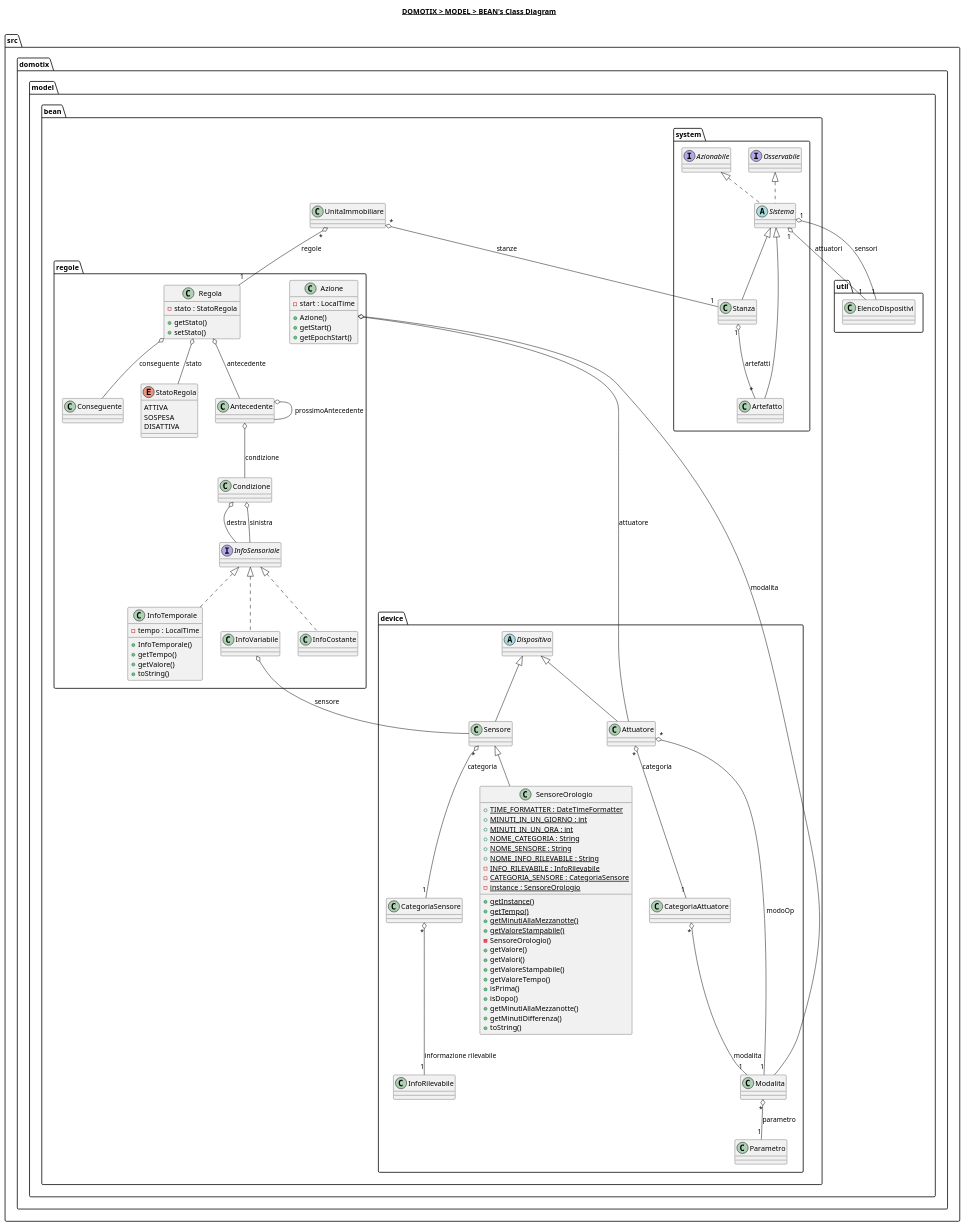
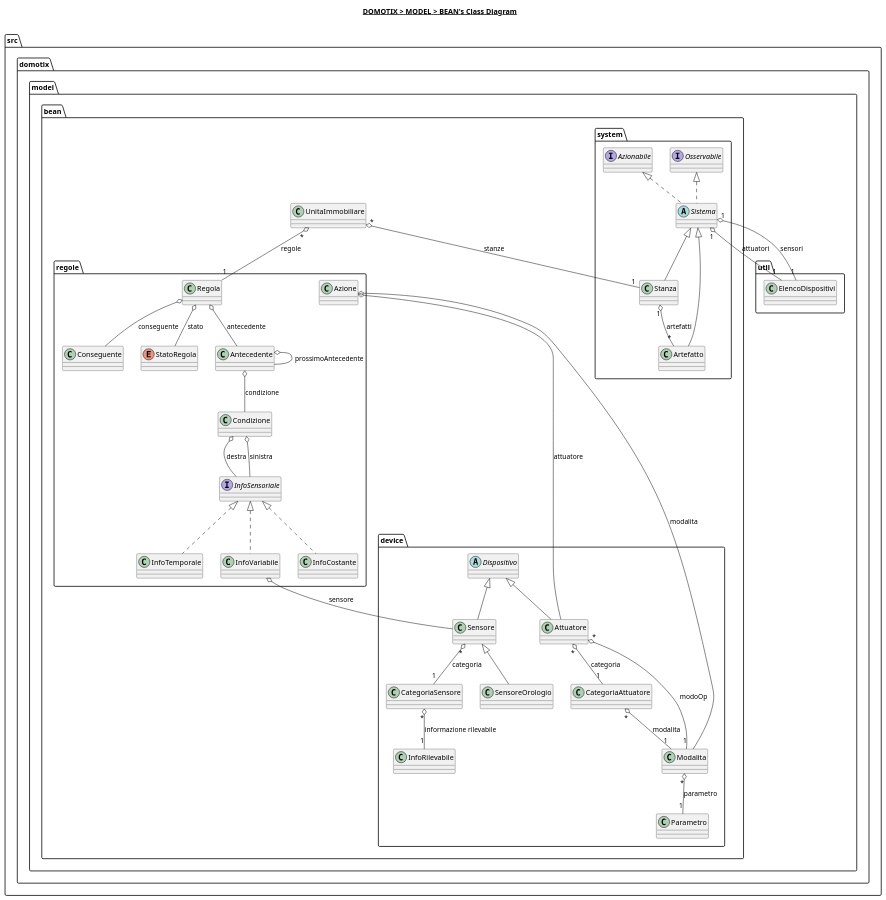
One commit to Edoar-do/Domotix changed the diagram in src/domotix/model/bean/bean.plantuml. Above: the diagram before and after it, drawn with PlantUML. The commit also changed 14 other files, not shown here.

Commit message:
Aggiunge classi ImportaDati in model; inizializza diagrammi V5

```diff
--- a/src/domotix/model/bean/bean.plantuml
+++ b/src/domotix/model/bean/bean.plantuml
@@ -1,165 +1,127 @@
 @startuml
 
 title __DOMOTIX > MODEL > BEAN's Class Diagram__\n
 
 namespace src.domotix.model {
     namespace util {
     }
 
     namespace bean {
         class src.domotix.model.bean.UnitaImmobiliare {
         }
 
         namespace device {
             class src.domotix.model.bean.device.Attuatore {
             }
 
             class src.domotix.model.bean.device.CategoriaAttuatore {
             }
 
             class src.domotix.model.bean.device.CategoriaSensore {
             }
 
             abstract class src.domotix.model.bean.device.Dispositivo {
             }
 
             class src.domotix.model.bean.device.Modalita {
             }
 
             class src.domotix.model.bean.device.Parametro {
             }
 
             class src.domotix.model.bean.device.Sensore {
             }
 
             class src.domotix.model.bean.device.InfoRilevabile {
             }
 
             class src.domotix.model.bean.device.SensoreOrologio {
-                {static} + TIME_FORMATTER : DateTimeFormatter
-                {static} + MINUTI_IN_UN_GIORNO : int
-                {static} + MINUTI_IN_UN_ORA : int
-                {static} + NOME_CATEGORIA : String
-                {static} + NOME_SENSORE : String
-                {static} + NOME_INFO_RILEVABILE : String
-                {static} - INFO_RILEVABILE : InfoRilevabile
-                {static} - CATEGORIA_SENSORE : CategoriaSensore
-                {static} - instance : SensoreOrologio
-                {static} + getInstance()
-                {static} + getTempo()
-                {static} + getMinutiAllaMezzanotte()
-                {static} + getValoreStampabile()
-                - SensoreOrologio()
-                + getValore()
-                + getValori()
-                + getValoreStampabile()
-                + getValoreTempo()
-                + isPrima()
-                + isDopo()
-                + getMinutiAllaMezzanotte()
-                + getMinutiDifferenza()
-                + toString()
             }
         }
 
         namespace system {
             class src.domotix.model.bean.system.Artefatto {
               }
 
               interface src.domotix.model.bean.system.Azionabile {
               }
 
               interface src.domotix.model.bean.system.Osservabile {
               }
 
               abstract class src.domotix.model.bean.system.Sistema {
               }
 
               class src.domotix.model.bean.system.Stanza {
               }
         }
 
         namespace regole {
             class src.domotix.model.bean.regole.Regola {
-                - stato : StatoRegola
-                + getStato()
-                + setStato()
             }
 
             enum src.domotix.model.bean.regole.StatoRegola {
-                ATTIVA
-                SOSPESA
-                DISATTIVA
             }
 
             class src.domotix.model.bean.regole.Antecedente {
             }
 
             class src.domotix.model.bean.regole.Condizione {
             }
 
             interface src.domotix.model.bean.regole.InfoSensoriale {
             }
 
             class src.domotix.model.bean.regole.InfoCostante {
             }
 
             class src.domotix.model.bean.regole.InfoTemporale {
-                - tempo : LocalTime
-                + InfoTemporale()
-                + getTempo()
-                + getValore()
-                + toString()
             }
 
             class src.domotix.model.bean.regole.InfoVariabile {
             }
 
             class src.domotix.model.bean.regole.Conseguente {
             }
 
             class src.domotix.model.bean.regole.Azione {
-                - start : LocalTime
-                + Azione()
-                + getStart()
-                + getEpochStart()
             }
         }
     }
 }
 
 src.domotix.model.bean.device.Attuatore -up-|> src.domotix.model.bean.device.Dispositivo
 src.domotix.model.bean.device.Attuatore "*" o-- "1" src.domotix.model.bean.device.CategoriaAttuatore : categoria
 src.domotix.model.bean.device.Attuatore "*" o-- "1" src.domotix.model.bean.device.Modalita : modoOp
 src.domotix.model.bean.device.CategoriaAttuatore "*" o-- "1" src.domotix.model.bean.device.Modalita : modalita
 src.domotix.model.bean.device.Modalita "*" o-- "1" src.domotix.model.bean.device.Parametro : parametro
 src.domotix.model.bean.device.Sensore -up-|> src.domotix.model.bean.device.Dispositivo
 src.domotix.model.bean.device.Sensore "*" o-- "1" src.domotix.model.bean.device.CategoriaSensore : categoria
 src.domotix.model.bean.device.CategoriaSensore "*" o-- "1" src.domotix.model.bean.device.InfoRilevabile : informazione rilevabile
 src.domotix.model.bean.device.SensoreOrologio -up-|> src.domotix.model.bean.device.Sensore
 
 src.domotix.model.bean.system.Artefatto -up-|> src.domotix.model.bean.system.Sistema
 src.domotix.model.bean.system.Sistema .up.|> src.domotix.model.bean.system.Azionabile
 src.domotix.model.bean.system.Sistema .up.|> src.domotix.model.bean.system.Osservabile
 src.domotix.model.bean.system.Sistema "1" o-- "1" src.domotix.model.util.ElencoDispositivi : attuatori
 src.domotix.model.bean.system.Sistema "1" o-- "1" src.domotix.model.util.ElencoDispositivi : sensori
 src.domotix.model.bean.system.Stanza -up-|> src.domotix.model.bean.system.Sistema
 src.domotix.model.bean.system.Stanza "1" o-- "*" src.domotix.model.bean.system.Artefatto : artefatti
 src.domotix.model.bean.UnitaImmobiliare "*" o-- "1" src.domotix.model.bean.system.Stanza : stanze
 src.domotix.model.bean.UnitaImmobiliare "*" o-- "1" src.domotix.model.bean.regole.Regola : regole
 
 src.domotix.model.bean.regole.Antecedente o-- src.domotix.model.bean.regole.Condizione : condizione
 src.domotix.model.bean.regole.Antecedente o-- src.domotix.model.bean.regole.Antecedente : prossimoAntecedente
 src.domotix.model.bean.regole.Azione o-- src.domotix.model.bean.device.Attuatore : attuatore
 src.domotix.model.bean.regole.Azione o-- src.domotix.model.bean.device.Modalita : modalita
 src.domotix.model.bean.regole.Condizione o-- src.domotix.model.bean.regole.InfoSensoriale : destra
 src.domotix.model.bean.regole.Condizione o-- src.domotix.model.bean.regole.InfoSensoriale : sinistra
 src.domotix.model.bean.regole.InfoCostante .up.|> src.domotix.model.bean.regole.InfoSensoriale
 src.domotix.model.bean.regole.InfoVariabile .up.|> src.domotix.model.bean.regole.InfoSensoriale
 src.domotix.model.bean.regole.InfoTemporale .up.|> src.domotix.model.bean.regole.InfoSensoriale
 src.domotix.model.bean.regole.InfoVariabile o-- src.domotix.model.bean.device.Sensore : sensore
 src.domotix.model.bean.regole.Regola o-- src.domotix.model.bean.regole.Antecedente : antecedente
 src.domotix.model.bean.regole.Regola o-- src.domotix.model.bean.regole.Conseguente : conseguente
 src.domotix.model.bean.regole.Regola o-- src.domotix.model.bean.regole.StatoRegola : stato
 
 @enduml
```
